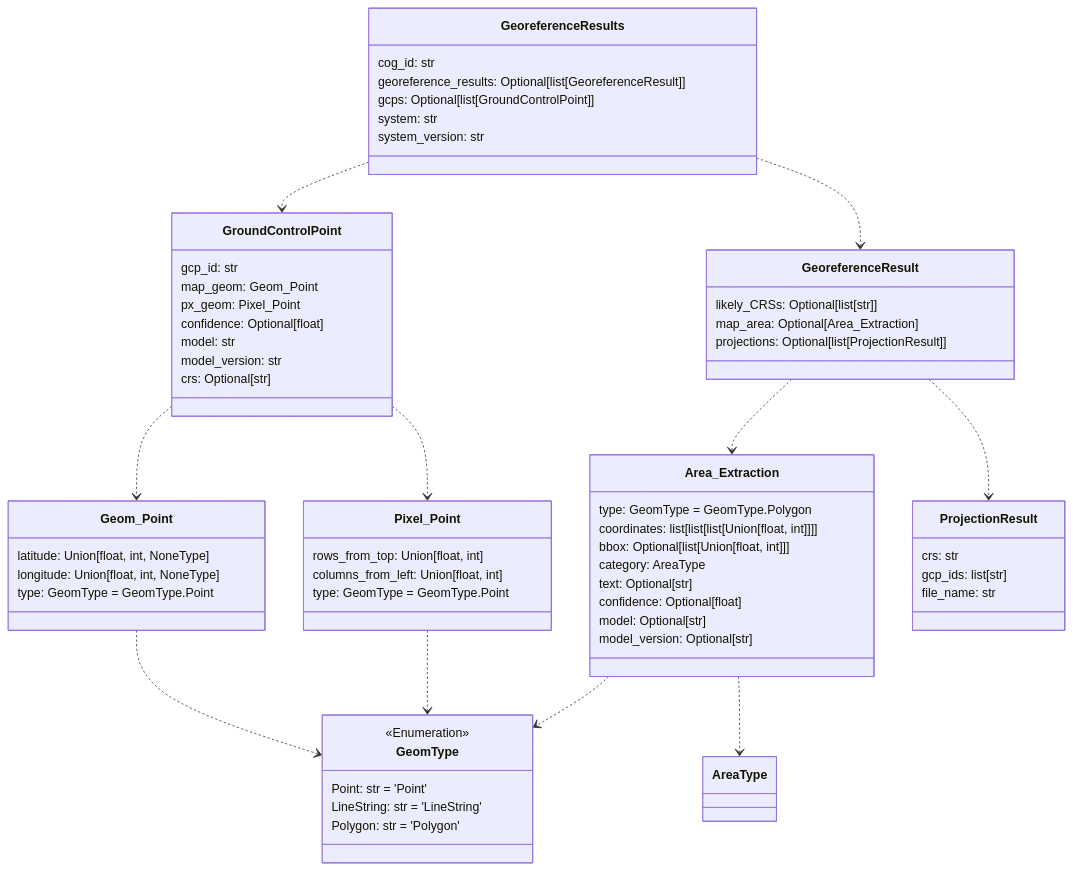
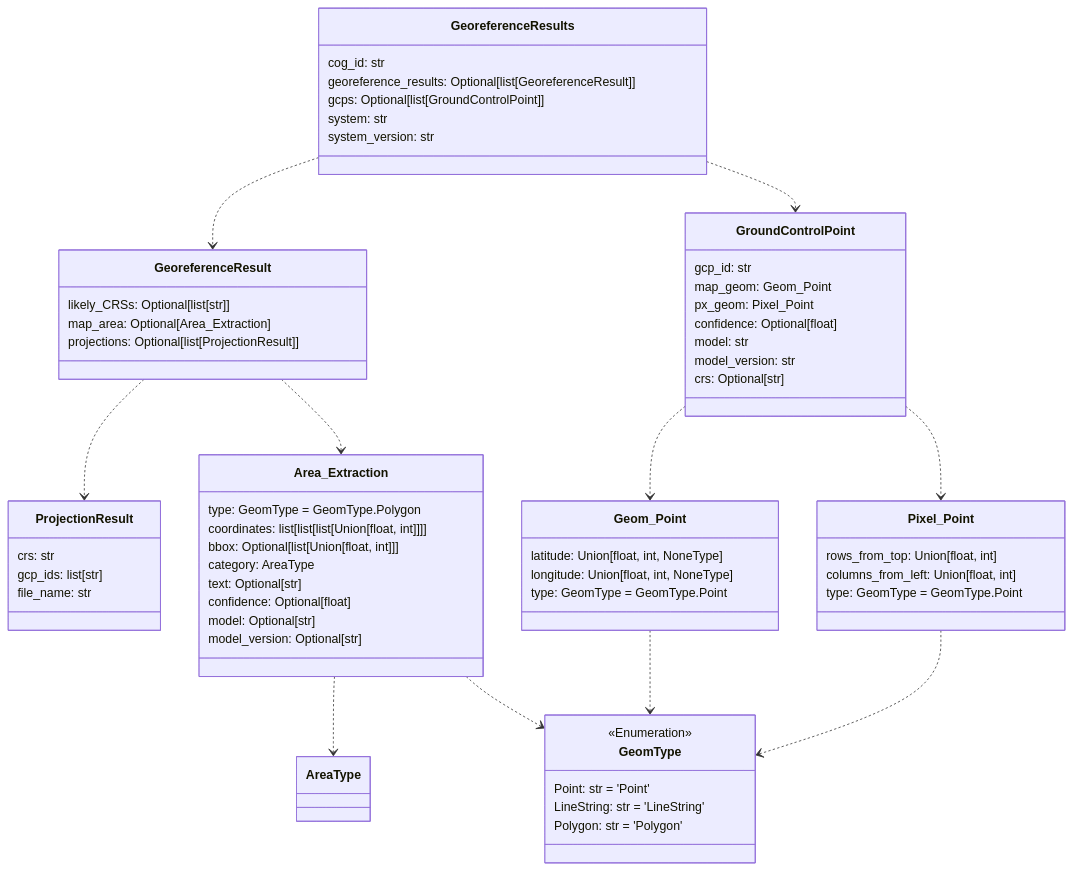
The second of 12 diagrams in README.md (DARPA-CRITICALMAAS/cdr_schemas), drawn with Mermaid before and after one commit. The commit also changed other lines of this file and 7 other files, not shown here.

````diff
--- a/README.md
+++ b/README.md
@@ -50,76 +97,76 @@
 ```mermaid
 classDiagram
 
     class ProjectionResult {
         crs: str
         gcp_ids: list[str]
         file_name: str
+    }
+
+    class GeoreferenceResults {
+        cog_id: str
+        georeference_results: Optional[list[GeoreferenceResult]]
+        gcps: Optional[list[GroundControlPoint]]
+        system: str
+        system_version: str
+    }
+
+    class Pixel_Point {
+        rows_from_top: Union[float, int]
+        columns_from_left: Union[float, int]
+        type: GeomType = GeomType.Point
+    }
+
+    class GeoreferenceResult {
+        likely_CRSs: Optional[list[str]]
+        map_area: Optional[Area_Extraction]
+        projections: Optional[list[ProjectionResult]]
     }
 
     class GroundControlPoint {
         gcp_id: str
         map_geom: Geom_Point
         px_geom: Pixel_Point
         confidence: Optional[float]
         model: str
         model_version: str
         crs: Optional[str]
     }
 
     class GeomType {
         <<Enumeration>>
         Point: str = 'Point'
         LineString: str = 'LineString'
         Polygon: str = 'Polygon'
     }
 
     class Area_Extraction {
         type: GeomType = GeomType.Polygon
         coordinates: list[list[list[Union[float, int]]]]
         bbox: Optional[list[Union[float, int]]]
         category: AreaType
         text: Optional[str]
         confidence: Optional[float]
         model: Optional[str]
         model_version: Optional[str]
     }
 
-    class GeoreferenceResult {
-        likely_CRSs: Optional[list[str]]
-        map_area: Optional[Area_Extraction]
-        projections: Optional[list[ProjectionResult]]
-    }
-
-    class GeoreferenceResults {
-        cog_id: str
-        georeference_results: Optional[list[GeoreferenceResult]]
-        gcps: Optional[list[GroundControlPoint]]
-        system: str
-        system_version: str
-    }
-
     class Geom_Point {
         latitude: Union[float, int, NoneType]
         longitude: Union[float, int, NoneType]
         type: GeomType = GeomType.Point
     }
 
-    class Pixel_Point {
-        rows_from_top: Union[float, int]
-        columns_from_left: Union[float, int]
-        type: GeomType = GeomType.Point
-    }
-
+    Area_Extraction ..> AreaType
     Area_Extraction ..> GeomType
-    Area_Extraction ..> AreaType
     Geom_Point ..> GeomType
     Pixel_Point ..> GeomType
+    GroundControlPoint ..> Pixel_Point
     GroundControlPoint ..> Geom_Point
-    GroundControlPoint ..> Pixel_Point
+    GeoreferenceResult ..> ProjectionResult
     GeoreferenceResult ..> Area_Extraction
-    GeoreferenceResult ..> ProjectionResult
+    GeoreferenceResults ..> GeoreferenceResult
     GeoreferenceResults ..> GroundControlPoint
-    GeoreferenceResults ..> GeoreferenceResult
 
 
 ```
````
